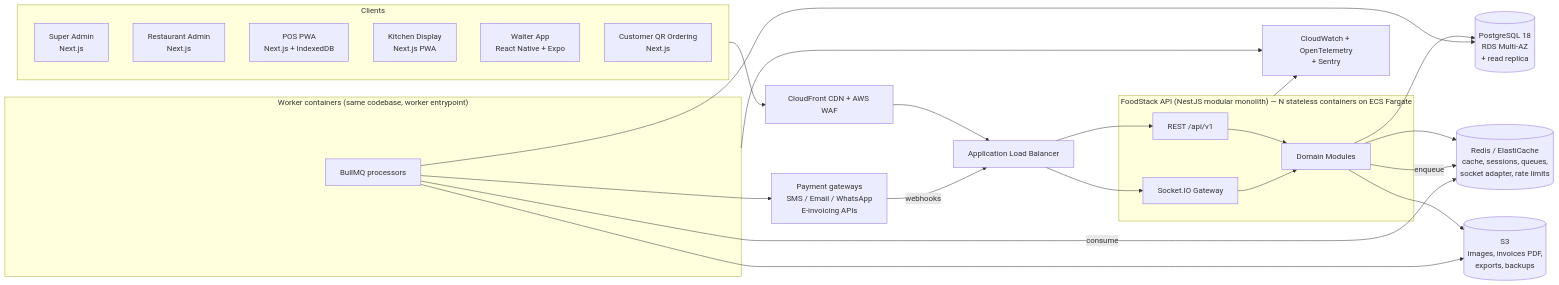
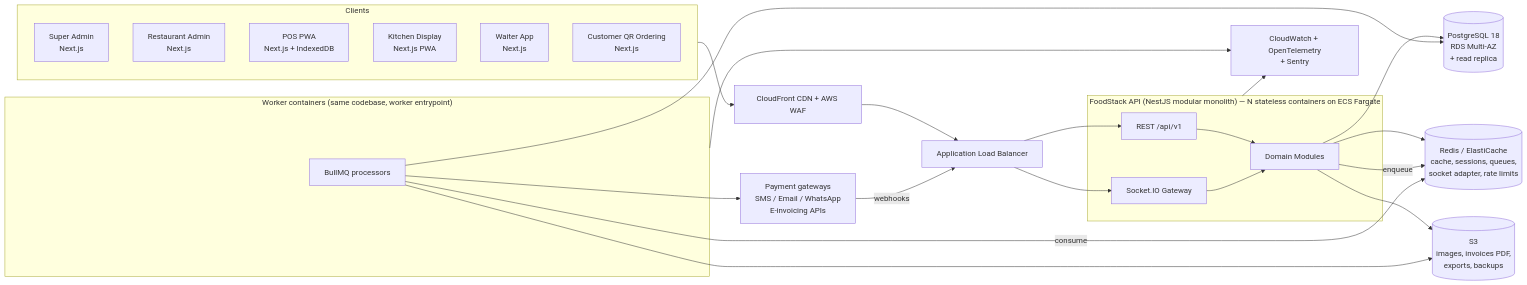
One commit to samarendra3/FoodStack changed the first of 2 diagrams in docs/system-architecture.md. Above: the diagram before and after it, drawn with Mermaid. The commit also changed other lines of this file and 75 other files, not shown here.

````diff
--- a/docs/system-architecture.md
+++ b/docs/system-architecture.md
@@ -19,40 +19,40 @@
 ```mermaid
 flowchart LR
   subgraph Clients
     SA[Super Admin<br/>Next.js]
     RA[Restaurant Admin<br/>Next.js]
     POS[POS PWA<br/>Next.js + IndexedDB]
     KDS[Kitchen Display<br/>Next.js PWA]
-    WA[Waiter App<br/>React Native + Expo]
+    WA[Waiter App<br/>Next.js]
     QR[Customer QR Ordering<br/>Next.js]
   end
 
   CDN[CloudFront CDN + AWS WAF]
   ALB[Application Load Balancer]
 
   subgraph API["FoodStack API (NestJS modular monolith) — N stateless containers on ECS Fargate"]
     REST[REST /api/v1]
     WS[Socket.IO Gateway]
     MODS[Domain Modules]
   end
 
   subgraph Workers["Worker containers (same codebase, worker entrypoint)"]
     BQ[BullMQ processors]
   end
 
   PG[(PostgreSQL 18<br/>RDS Multi-AZ<br/>+ read replica)]
   RD[(Redis / ElastiCache<br/>cache, sessions, queues,<br/>socket adapter, rate limits)]
   S3[(S3<br/>images, invoices PDF,<br/>exports, backups)]
   EXT[Payment gateways<br/>SMS / Email / WhatsApp<br/>E-invoicing APIs]
   OBS[CloudWatch + OpenTelemetry<br/>+ Sentry]
 
   Clients --> CDN --> ALB --> REST & WS
   REST --> MODS
   WS --> MODS
   MODS --> PG & RD & S3
   MODS -- enqueue --> RD
   BQ -- consume --> RD
   BQ --> PG & S3 & EXT
   EXT -- webhooks --> ALB
   API & Workers --> OBS
 ```
````
